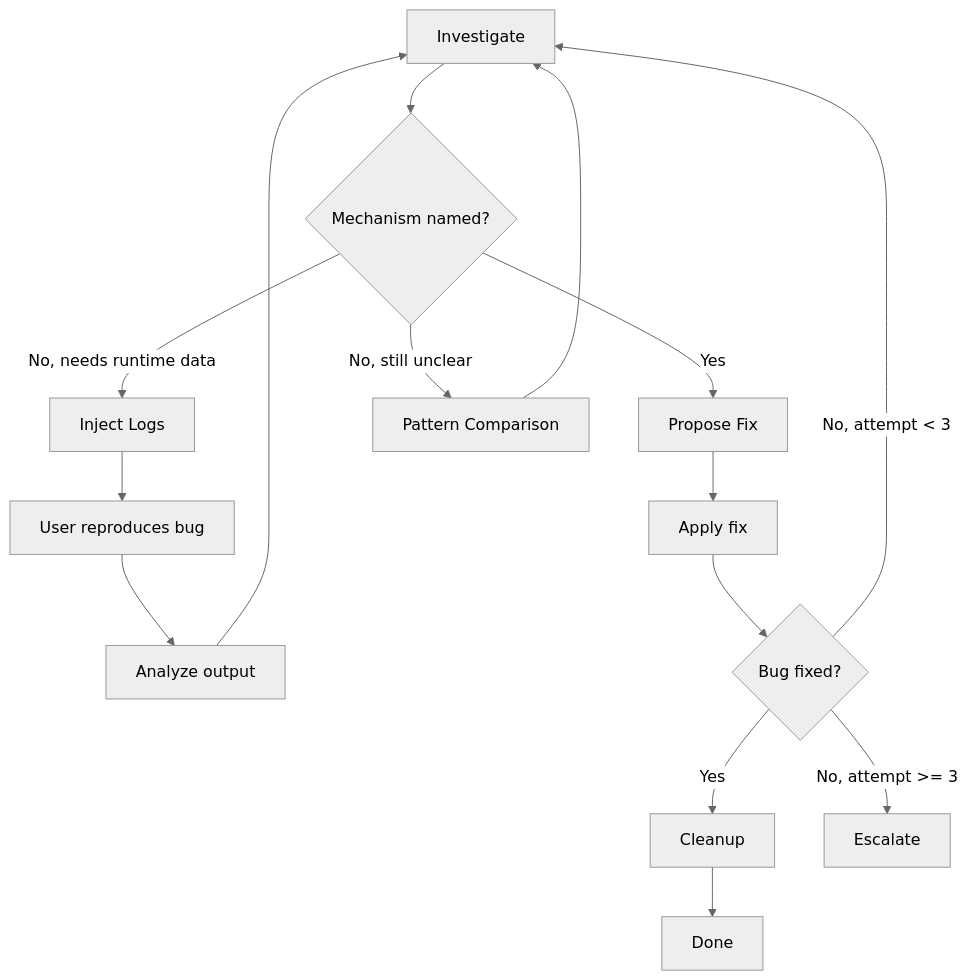
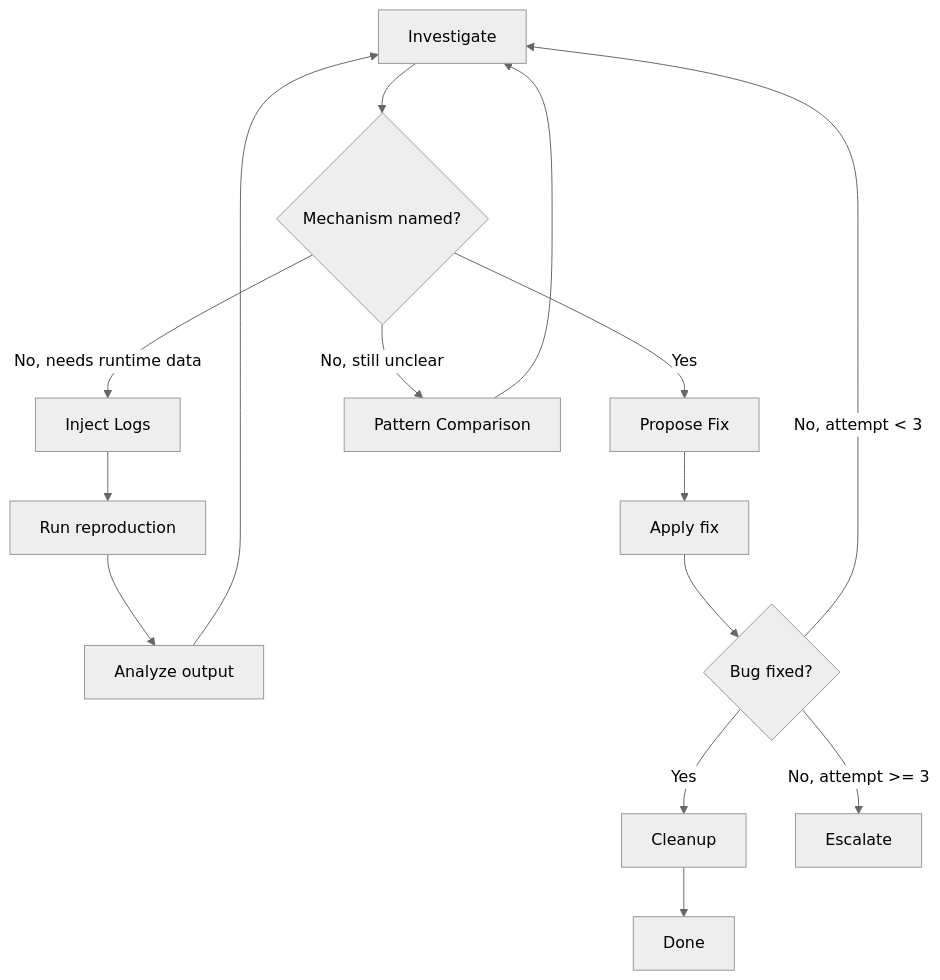
Before and after one commit to adeonir/agent-skills: the diagram in skills/engineering/debug-tools/README.md, drawn with Mermaid (neutral theme). The commit also changed other lines of this file and 5 other files, not shown here.

````diff
--- a/skills/engineering/debug-tools/README.md
+++ b/skills/engineering/debug-tools/README.md
@@ -7,17 +7,17 @@
 ```mermaid
 flowchart TD
     A[Investigate] --> B{Mechanism named?}
     B -->|Yes| C[Propose Fix]
     B -->|No, needs runtime data| D[Inject Logs]
     B -->|No, still unclear| E[Pattern Comparison]
-    D --> F[User reproduces bug]
+    D --> F[Run reproduction]
     F --> G[Analyze output]
     G --> A
     E --> A
     C --> H[Apply fix]
     H --> I{Bug fixed?}
     I -->|Yes| J[Cleanup]
     I -->|No, attempt < 3| A
     I -->|No, attempt >= 3| K[Escalate]
     J --> L[Done]
 ```
````
